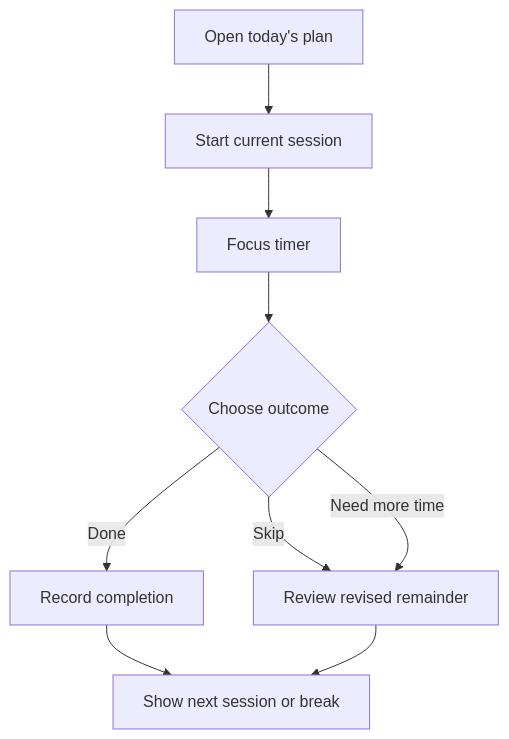
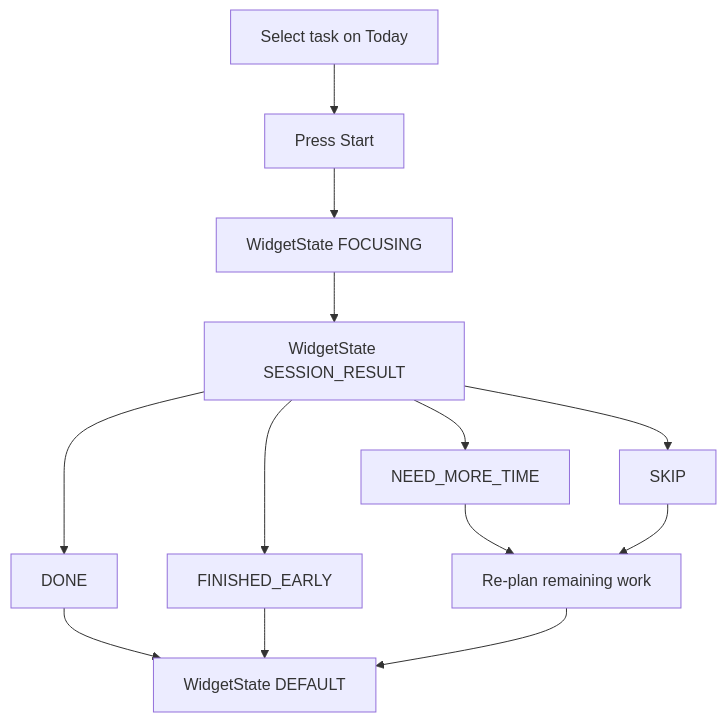
One commit to Plaminh/Blooming changed the fourth of 5 diagrams in docs/05-ui-ux/ui-ux-design.md. Above: the diagram before and after it, drawn with Mermaid. The commit also changed other lines of this file and 30 other files, not shown here.

````diff
--- a/docs/05-ui-ux/ui-ux-design.md
+++ b/docs/05-ui-ux/ui-ux-design.md
@@ -73,11 +80,15 @@
 ```mermaid
 flowchart TD
-    Today["Open today's plan"] --> Start["Start current session"]
-    Start --> Timer["Focus timer"]
-    Timer --> Outcome{"Choose outcome"}
-    Outcome -- Done --> Record["Record completion"]
-    Outcome -- Skip --> Replan["Review revised remainder"]
-    Outcome -- "Need more time" --> Replan
-    Record --> Next["Show next session or break"]
-    Replan --> Next
+    Today["Select task on Today"] --> Start["Press Start"]
+    Start --> Focusing["WidgetState FOCUSING"]
+    Focusing --> Result["WidgetState SESSION_RESULT"]
+    Result --> Done["DONE"]
+    Result --> Early["FINISHED_EARLY"]
+    Result --> More["NEED_MORE_TIME"]
+    Result --> Skip["SKIP"]
+    Done --> Default["WidgetState DEFAULT"]
+    Early --> Default
+    More --> Replan["Re-plan remaining work"]
+    Skip --> Replan
+    Replan --> Default
 ```
````
